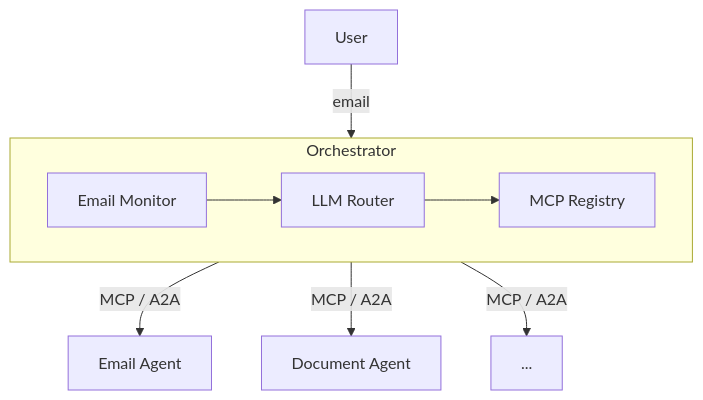
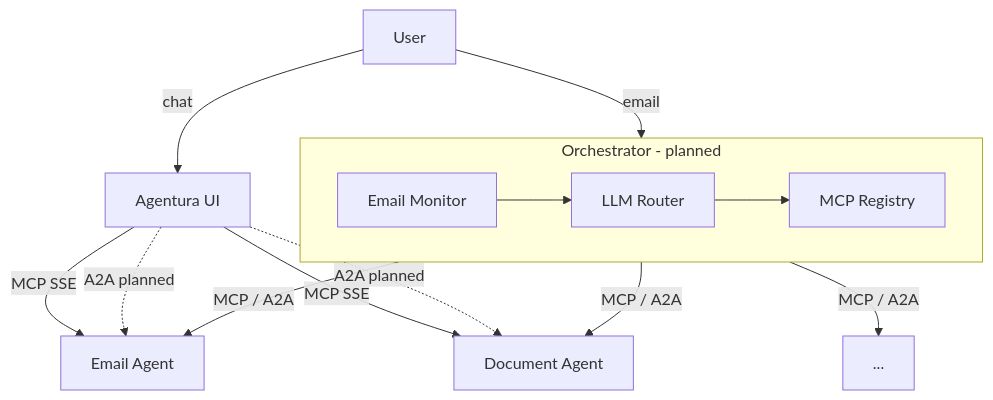
The diagram in README.md (semos-org/semos-agentura), drawn with Mermaid before and after one commit. The commit also changed other lines of this file and 18 other files, not shown here.

````diff
--- a/README.md
+++ b/README.md
@@ -38,13 +38,19 @@
 ```mermaid
 graph TD
+    User -->|chat| UI[Agentura UI]
     User -->|email| Orchestrator
 
-    subgraph Orchestrator
+    UI -->|MCP SSE| EA[Email Agent]
+    UI -->|MCP SSE| DA[Document Agent]
+    UI -.->|A2A planned| EA
+    UI -.->|A2A planned| DA
+
+    subgraph Orchestrator[Orchestrator - planned]
         Monitor[Email Monitor] --> Router[LLM Router]
         Router --> Registry[MCP Registry]
     end
 
-    Orchestrator -->|MCP / A2A| EA[Email Agent]
-    Orchestrator -->|MCP / A2A| DA[Document Agent]
+    Orchestrator -->|MCP / A2A| EA
+    Orchestrator -->|MCP / A2A| DA
     Orchestrator -->|MCP / A2A| More[...]
 ```
````
